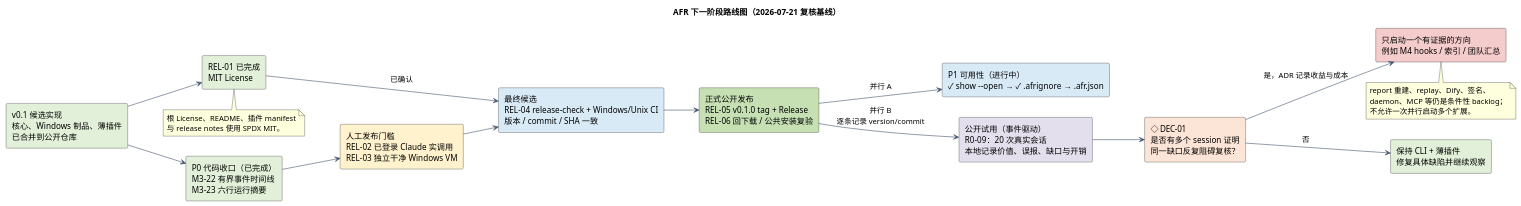
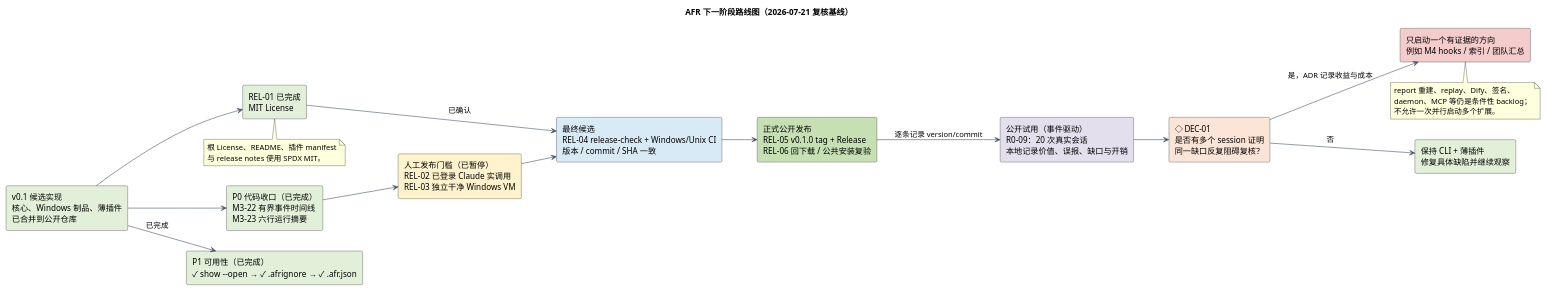
One commit to liao96312/agent-flight-recorder changed the tenth of 10 diagrams in docs/architecture.puml. Above: the diagram before and after it, drawn with PlantUML. The commit also changed 10 other files, not shown here.

```diff
--- a/docs/architecture.puml
+++ b/docs/architecture.puml
@@ -613,45 +613,45 @@
 @startuml AFR_10_Next_Roadmap
 title AFR 下一阶段路线图（2026-07-21 复核基线）
 
 skinparam backgroundColor #FFFFFF
 skinparam shadowing false
 skinparam defaultFontName Microsoft YaHei
 skinparam ArrowColor #44546A
 left to right direction
 
 rectangle "v0.1 候选实现\n核心、Windows 制品、薄插件\n已合并到公开仓库" as Candidate #E2F0D9
 rectangle "P0 代码收口（已完成）\nM3-22 有界事件时间线\nM3-23 六行运行摘要" as P0Close #E2F0D9
 rectangle "REL-01 已完成\nMIT License" as License #E2F0D9
-rectangle "人工发布门槛\nREL-02 已登录 Claude 实调用\nREL-03 独立干净 Windows VM" as Manual #FFF2CC
+rectangle "人工发布门槛（已暂停）\nREL-02 已登录 Claude 实调用\nREL-03 独立干净 Windows VM" as Manual #FFF2CC
 rectangle "最终候选\nREL-04 release-check + Windows/Unix CI\n版本 / commit / SHA 一致" as RC #D9EAF7
 rectangle "正式公开发布\nREL-05 v0.1.0 tag + Release\nREL-06 回下载 / 公共安装复验" as Release #C6E0B4
-rectangle "P1 可用性（进行中）\n✓ show --open → ✓ .afrignore → .afr.json" as P1 #D9EAF7
+rectangle "P1 可用性（已完成）\n✓ show --open → ✓ .afrignore → ✓ .afr.json" as P1 #E2F0D9
 rectangle "公开试用（事件驱动）\nR0-09：20 次真实会话\n本地记录价值、误报、缺口与开销" as Pilot #E4DFEC
 rectangle "◇ DEC-01\n是否有多个 session 证明\n同一缺口反复阻碍复核？" as DataGate #FCE4D6
 rectangle "保持 CLI + 薄插件\n修复具体缺陷并继续观察" as Maintain #E2F0D9
 rectangle "只启动一个有证据的方向\n例如 M4 hooks / 索引 / 团队汇总" as OneDirection #F4CCCC
 
 Candidate --> P0Close
 Candidate --> License
+Candidate --> P1 : 已完成
 P0Close --> Manual
 Manual --> RC
 License --> RC : 已确认
 RC --> Release
-Release --> P1 : 并行 A
-Release --> Pilot : 并行 B\n逐条记录 version/commit
+Release --> Pilot : 逐条记录 version/commit
 Pilot --> DataGate
 DataGate --> OneDirection : 是，ADR 记录收益与成本
 DataGate --> Maintain : 否
 
 note bottom of License
   根 License、README、插件 manifest
   与 release notes 使用 SPDX MIT。
 end note
 
 note bottom of OneDirection
   report 重建、replay、Dify、签名、
   daemon、MCP 等仍是条件性 backlog；
   不允许一次并行启动多个扩展。
 end note
 
 @enduml
```
